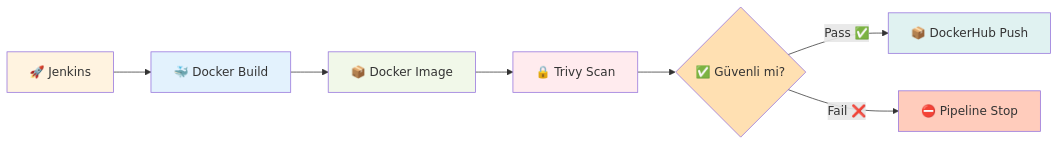
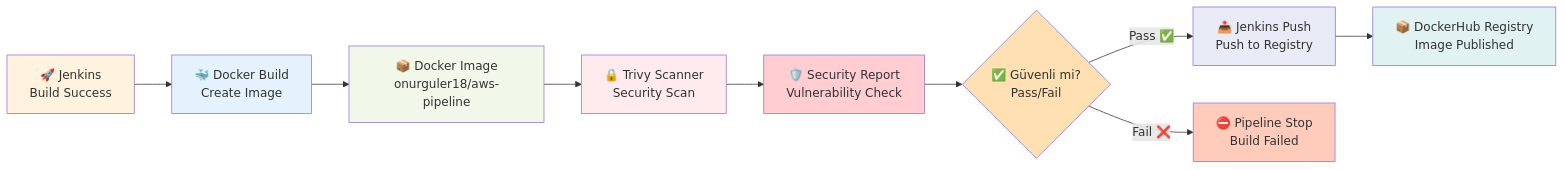
Before and after one commit to onurglr/aws-pipeline: the fourth of 7 diagrams in README.md, drawn with Mermaid.

````diff
--- a/README.md
+++ b/README.md
@@ -172,17 +172,21 @@
 ```mermaid
 graph LR
-    JM[🚀 Jenkins] --> D[🐳 Docker Build]
-    D --> IMG[📦 Docker Image]
-    IMG --> T[🔒 Trivy Scan]
-    T --> DEC{✅ Güvenli mi?}
-    DEC -->|Pass ✅| DH[📦 DockerHub Push]
-    DEC -->|Fail ❌| STOP[⛔ Pipeline Stop]
+    JM[🚀 Jenkins<br/>Build Success] --> D[🐳 Docker Build<br/>Create Image]
+    D --> IMG[📦 Docker Image<br/>onurguler18/aws-pipeline]
+    IMG --> T[🔒 Trivy Scanner<br/>Security Scan]
+    T --> SEC[🛡️ Security Report<br/>Vulnerability Check]
+    SEC --> DEC{✅ Güvenli mi?<br/>Pass/Fail}
+    DEC -->|Pass ✅| PUSH[📤 Jenkins Push<br/>Push to Registry]
+    DEC -->|Fail ❌| STOP[⛔ Pipeline Stop<br/>Build Failed]
+    PUSH --> DH[📦 DockerHub Registry<br/>Image Published]
 
     style JM fill:#fff3e0
     style D fill:#e3f2fd
     style IMG fill:#f1f8e9
     style T fill:#ffebee
+    style SEC fill:#ffcdd2
     style DEC fill:#ffe0b2
+    style PUSH fill:#e8eaf6
+    style STOP fill:#ffccbc
     style DH fill:#e0f2f1
-    style STOP fill:#ffccbc
 ```
````
